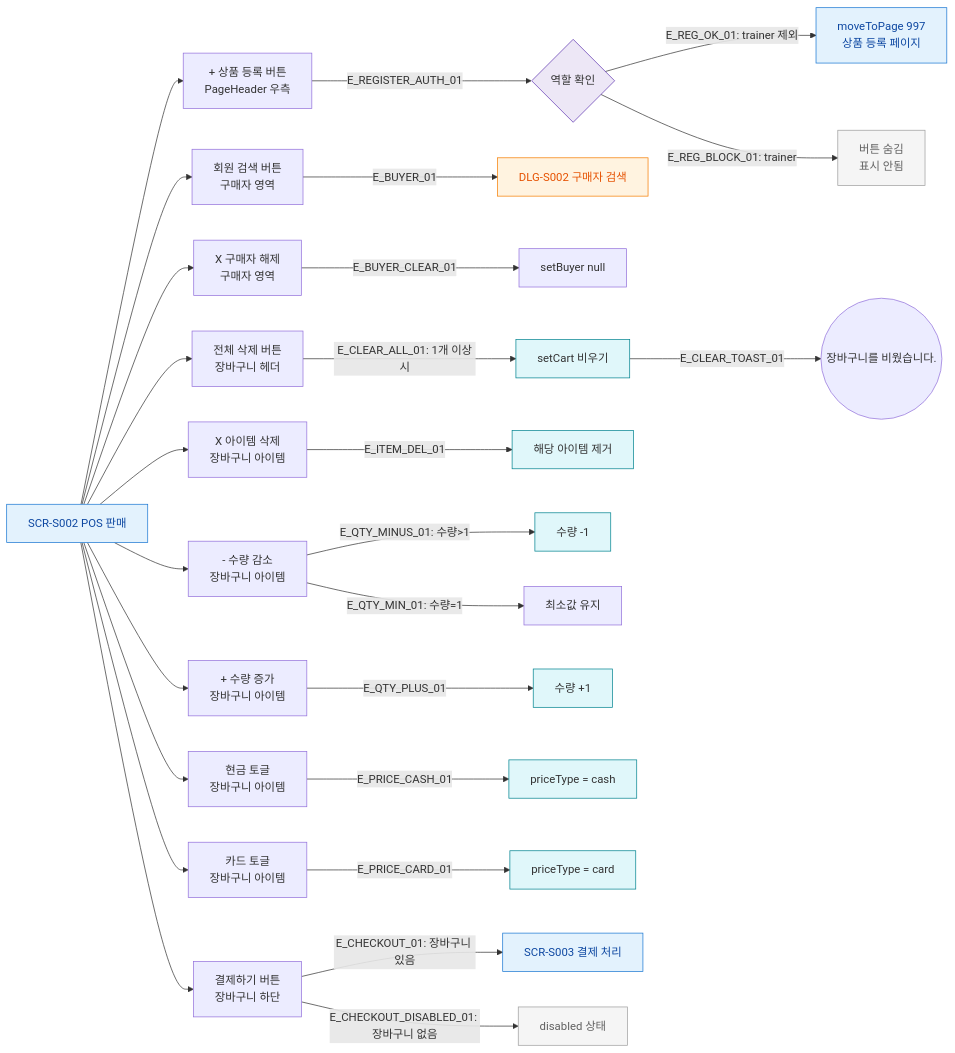
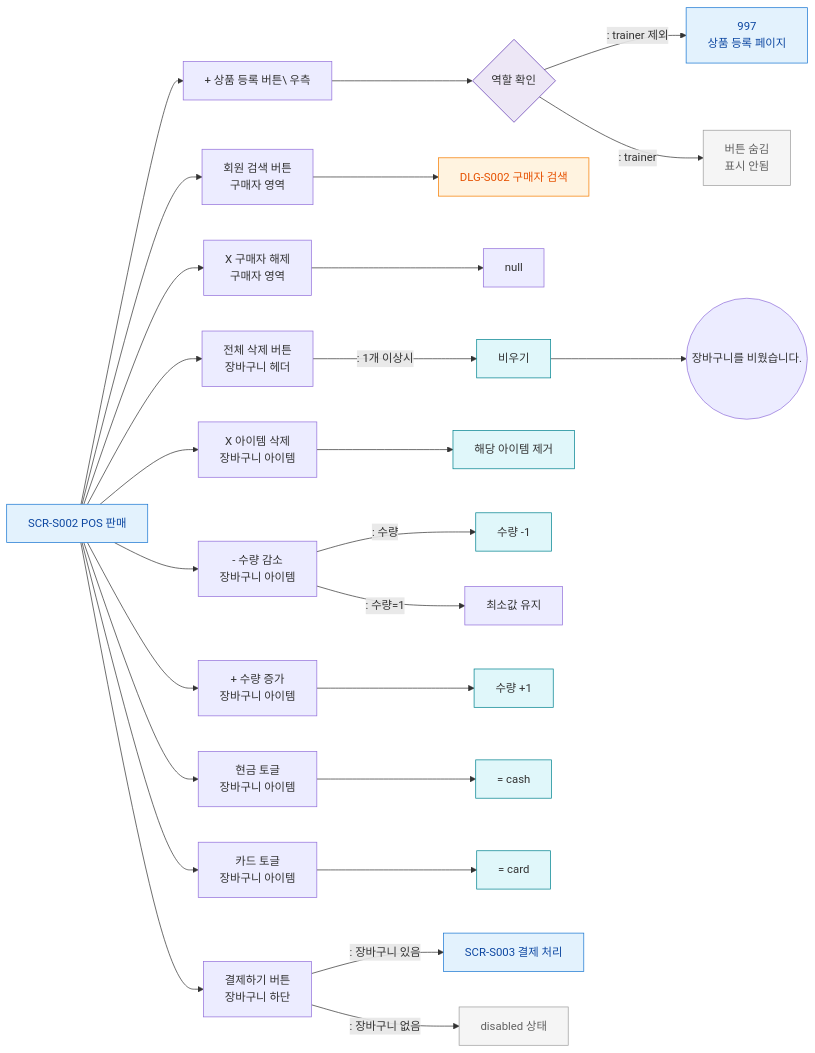
One commit to dev-spogym/admin-pando changed the diagram in docs/다이어그램/D03_매출관리/SCR-S002_POS판매/F3_버튼액션.md. Above: the diagram before and after it, drawn with Mermaid. The commit also changed other lines of this file and 1660 other files, not shown here.

First line of the commit message:
다이어그램: 기획자/클라이언트 납품본으로 정리

````diff
--- a/docs/다이어그램/D03_매출관리/SCR-S002_POS판매/F3_버튼액션.md
+++ b/docs/다이어그램/D03_매출관리/SCR-S002_POS판매/F3_버튼액션.md
@@ -20,47 +18,47 @@
 ```mermaid
 flowchart LR
     S002[SCR-S002 POS 판매]
 
-    S002 --> BTN_REGISTER[+ 상품 등록 버튼\nPageHeader 우측]
+    S002 --> BTN_REGISTER[+ 상품 등록 버튼\ 우측]
     S002 --> BTN_BUYER[회원 검색 버튼\n구매자 영역]
     S002 --> BTN_BUYER_CLEAR[X 구매자 해제\n구매자 영역]
     S002 --> BTN_CLEAR_ALL[전체 삭제 버튼\n장바구니 헤더]
     S002 --> BTN_ITEM_DEL[X 아이템 삭제\n장바구니 아이템]
     S002 --> BTN_QTY_MINUS[- 수량 감소\n장바구니 아이템]
     S002 --> BTN_QTY_PLUS[+ 수량 증가\n장바구니 아이템]
     S002 --> BTN_PRICE_CASH[현금 토글\n장바구니 아이템]
     S002 --> BTN_PRICE_CARD[카드 토글\n장바구니 아이템]
     S002 --> BTN_CHECKOUT[결제하기 버튼\n장바구니 하단]
 
-    BTN_REGISTER -->|E_REGISTER_AUTH_01| REG_AUTH{역할 확인}
-    REG_AUTH -->|"E_REG_OK_01: trainer 제외"| PAGE_997[moveToPage 997\n상품 등록 페이지]
-    REG_AUTH -->|"E_REG_BLOCK_01: trainer"| REG_HIDDEN[버튼 숨김\n표시 안됨]
+    BTN_REGISTER --> REG_AUTH{역할 확인}
+    REG_AUTH -->|": trainer 제외"|PAGE_997[997\n상품 등록 페이지]
+    REG_AUTH -->|": trainer"|REG_HIDDEN[버튼 숨김\n표시 안됨]
 
-    BTN_BUYER -->|E_BUYER_01| DLG_S002[DLG-S002 구매자 검색]
-    BTN_BUYER_CLEAR -->|E_BUYER_CLEAR_01| BUYER_NULL[setBuyer null]
+    BTN_BUYER --> DLG_S002[DLG-S002 구매자 검색]
+    BTN_BUYER_CLEAR --> BUYER_NULL[null]
 
-    BTN_CLEAR_ALL -->|"E_CLEAR_ALL_01: 1개 이상시"| CART_EMPTY[setCart 비우기]
-    CART_EMPTY -->|E_CLEAR_TOAST_01| TOAST_CLEAR((장바구니를 비웠습니다.))
+    BTN_CLEAR_ALL -->|": 1개 이상시"|CART_EMPTY[비우기]
+    CART_EMPTY --> TOAST_CLEAR((장바구니를 비웠습니다.))
 
-    BTN_ITEM_DEL -->|E_ITEM_DEL_01| ITEM_REMOVE[해당 아이템 제거]
-    BTN_QTY_MINUS -->|"E_QTY_MINUS_01: 수량>1"| QTY_DEC[수량 -1]
-    BTN_QTY_MINUS -->|"E_QTY_MIN_01: 수량=1"| QTY_MIN[최소값 유지]
-    BTN_QTY_PLUS -->|E_QTY_PLUS_01| QTY_INC[수량 +1]
-    BTN_PRICE_CASH -->|E_PRICE_CASH_01| PRICE_CASH[priceType = cash]
-    BTN_PRICE_CARD -->|E_PRICE_CARD_01| PRICE_CARD[priceType = card]
+    BTN_ITEM_DEL --> ITEM_REMOVE[해당 아이템 제거]
+    BTN_QTY_MINUS -->|": 수량"|QTY_DEC[수량 -1]
+    BTN_QTY_MINUS -->|": 수량=1"|QTY_MIN[최소값 유지]
+    BTN_QTY_PLUS --> QTY_INC[수량 +1]
+    BTN_PRICE_CASH --> PRICE_CASH[= cash]
+    BTN_PRICE_CARD --> PRICE_CARD[= card]
 
-    BTN_CHECKOUT -->|"E_CHECKOUT_01: 장바구니 있음"| SCR_S003[SCR-S003 결제 처리]
-    BTN_CHECKOUT -->|"E_CHECKOUT_DISABLED_01: 장바구니 없음"| DISABLED[disabled 상태]
+    BTN_CHECKOUT -->|": 장바구니 있음"|SCR_S003[SCR-S003 결제 처리]
+    BTN_CHECKOUT -->|": 장바구니 없음"|DISABLED[disabled 상태]
 
     classDef screen fill:#E3F2FD,stroke:#1976D2,color:#0D47A1
     classDef modal fill:#FFF3E0,stroke:#F57C00,color:#E65100
     classDef system fill:#EDE7F6,stroke:#5E35B2
     classDef rbacBlocked fill:#F5F5F5,stroke:#9E9E9E,color:#616161
     classDef info fill:#E0F7FA,stroke:#00838F
 
     class S002,SCR_S003,PAGE_997 screen
     class DLG_S002 modal
     class REG_AUTH system
     class REG_HIDDEN,DISABLED rbacBlocked
     class CART_EMPTY,ITEM_REMOVE,QTY_DEC,QTY_INC,PRICE_CASH,PRICE_CARD info
 ```
````
